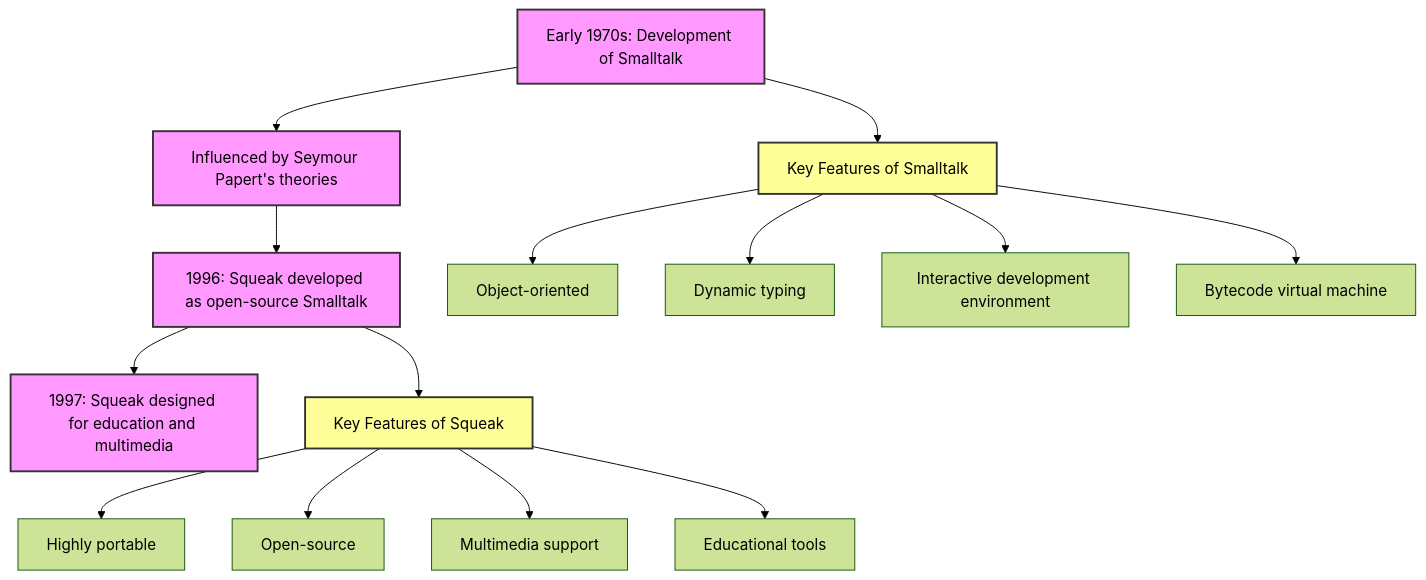
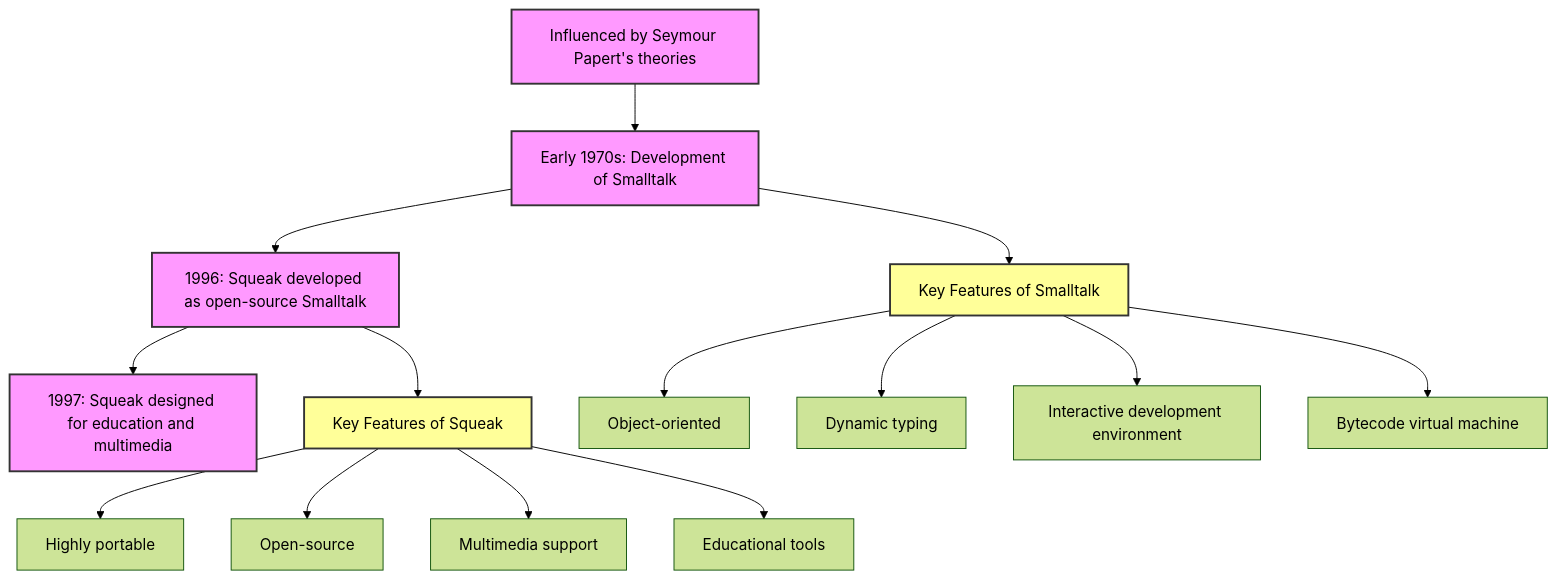
One commit to Furkanzmc/cppnorth-2024-shoulders-we-stand-on changed the fifth of 5 diagrams in pages/act-2.md. Above: the diagram before and after it, drawn with Mermaid (forest theme). The commit also changed other lines of this file and 7 other files, not shown here.

````diff
--- a/pages/act-2.md
+++ b/pages/act-2.md
@@ -824,28 +527,28 @@
 ```mermaid
 graph TD
-    A[Early 1970s: Development of Smalltalk] --> B[Influenced by Seymour Papert's theories]
-    B --> C[1996: Squeak developed as open-source Smalltalk]
+    B[Influenced by Seymour Papert's theories] --> A[Early 1970s: Development of Smalltalk] 
+    A --> C[1996: Squeak developed as open-source Smalltalk]
     C --> D[1997: Squeak designed for education and multimedia]
 
     A --> A1[Key Features of Smalltalk]
     A1 --> F1[Object-oriented]
     A1 --> F2[Dynamic typing]
     A1 --> F3[Interactive development environment]
     A1 --> F4[Bytecode virtual machine]
 
     C --> C1[Key Features of Squeak]
     C1 --> F5[Highly portable]
     C1 --> F6[Open-source]
     C1 --> F7[Multimedia support]
     C1 --> F8[Educational tools]
     
     A:::event
     B:::event
     C:::event
     D:::event
     A1:::feature
     C1:::feature
 
     classDef event fill:#f9f,stroke:#333,stroke-width:2px;
     classDef feature fill:#ff9,stroke:#333,stroke-width:2px;
 ```
````
